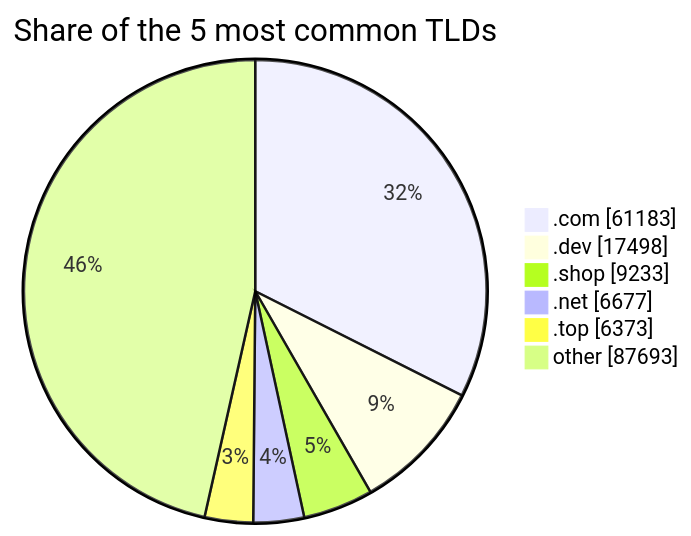
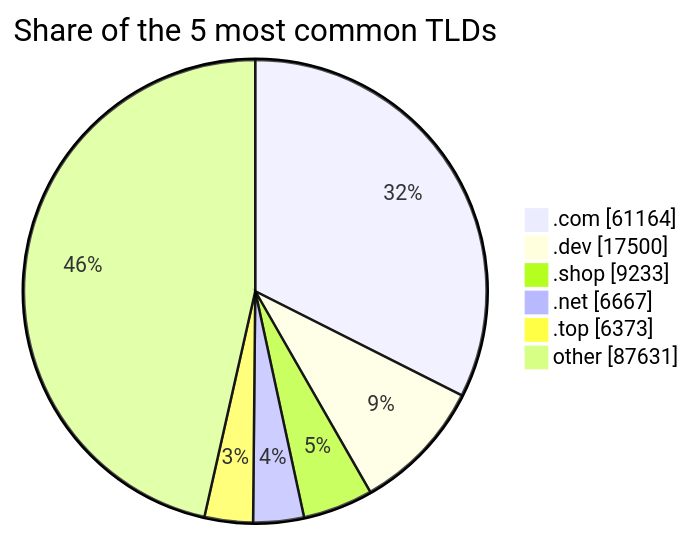
One commit to DNSBunker/CTI changed the third of 3 diagrams in README.md. Above: the diagram before and after it, drawn with Mermaid. The commit also changed other lines of this file and 3 other files, not shown here.

````diff
--- a/README.md
+++ b/README.md
@@ -81,9 +81,9 @@
 ```mermaid
 pie showData title Share of the 5 most common TLDs
-    ".com" : 61183
-    ".dev" : 17498
+    ".com" : 61164
+    ".dev" : 17500
     ".shop" : 9233
-    ".net" : 6677
+    ".net" : 6667
     ".top" : 6373
-    "other" : 87693
+    "other" : 87631
 ```
````
